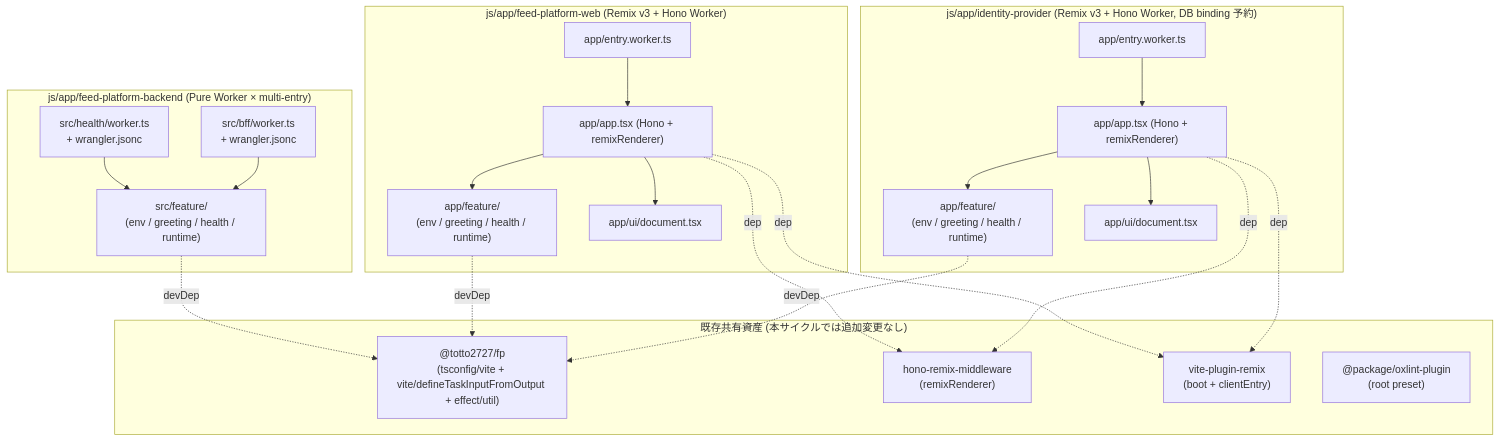
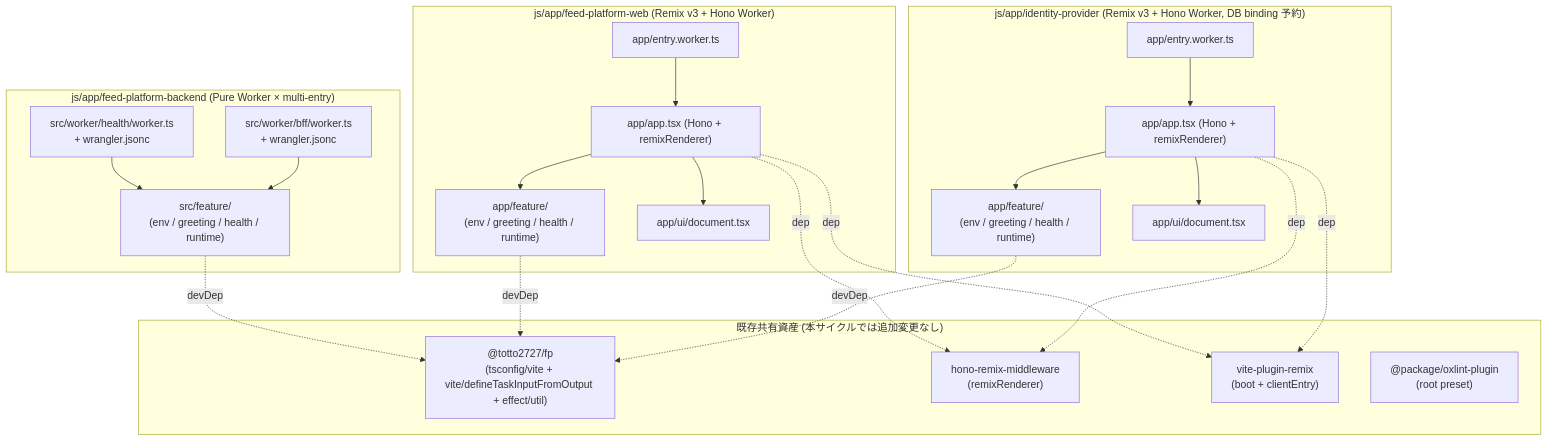
Before and after one commit to totto2727-org/monorepo: the first of 3 diagrams in docs/workflow/feed-platform-ms-01-workspace-foundation/design.md, drawn with Mermaid. The commit also changed other lines of this file and 4 other files, not shown here.

First line of the commit message:
docs(dev-workflow/feed-platform-ms-01-workspace-foundation): document backend src/worker/ restructure across artifacts

````diff
--- a/docs/workflow/feed-platform-ms-01-workspace-foundation/design.md
+++ b/docs/workflow/feed-platform-ms-01-workspace-foundation/design.md
@@ -39,45 +39,45 @@
 ```mermaid
 graph TB
   subgraph FPB["js/app/feed-platform-backend (Pure Worker × multi-entry)"]
-    FPB_HEALTH["src/health/worker.ts<br/>+ wrangler.jsonc"]
-    FPB_BFF["src/bff/worker.ts<br/>+ wrangler.jsonc"]
+    FPB_HEALTH["src/worker/health/worker.ts<br/>+ wrangler.jsonc"]
+    FPB_BFF["src/worker/bff/worker.ts<br/>+ wrangler.jsonc"]
     FPB_FEAT["src/feature/<br/>(env / greeting / health / runtime)"]
     FPB_HEALTH --> FPB_FEAT
     FPB_BFF --> FPB_FEAT
   end
 
   subgraph FPW["js/app/feed-platform-web (Remix v3 + Hono Worker)"]
     FPW_ENTRY["app/entry.worker.ts"]
     FPW_APP["app/app.tsx (Hono + remixRenderer)"]
     FPW_FEAT["app/feature/<br/>(env / greeting / health / runtime)"]
     FPW_UI["app/ui/document.tsx"]
     FPW_ENTRY --> FPW_APP
     FPW_APP --> FPW_FEAT
     FPW_APP --> FPW_UI
   end
 
   subgraph IDP["js/app/identity-provider (Remix v3 + Hono Worker, DB binding 予約)"]
     IDP_ENTRY["app/entry.worker.ts"]
     IDP_APP["app/app.tsx (Hono + remixRenderer)"]
     IDP_FEAT["app/feature/<br/>(env / greeting / health / runtime)"]
     IDP_UI["app/ui/document.tsx"]
     IDP_ENTRY --> IDP_APP
     IDP_APP --> IDP_FEAT
     IDP_APP --> IDP_UI
   end
 
   subgraph SHARED["既存共有資産 (本サイクルでは追加変更なし)"]
     FP_PKG["@totto2727/fp<br/>(tsconfig/vite + vite/defineTaskInputFromOutput + effect/util)"]
     HRMW["hono-remix-middleware<br/>(remixRenderer)"]
     VPR["vite-plugin-remix<br/>(boot + clientEntry)"]
     OXLINT["@package/oxlint-plugin<br/>(root preset)"]
   end
 
   FPB_FEAT -.devDep.-> FP_PKG
   FPW_FEAT -.devDep.-> FP_PKG
   IDP_FEAT -.devDep.-> FP_PKG
   FPW_APP -.dep.-> HRMW
   IDP_APP -.dep.-> HRMW
   FPW_APP -.dep.-> VPR
   IDP_APP -.dep.-> VPR
 ```
````
